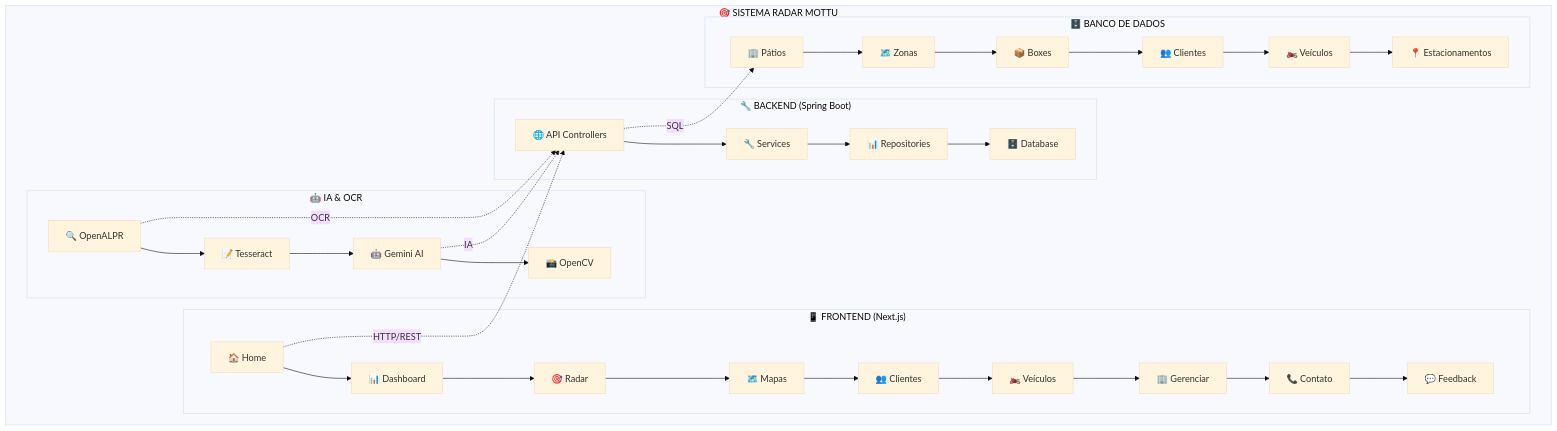
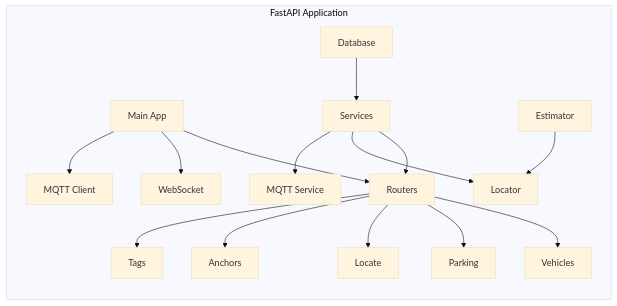
Before and after one commit to carmipa/NEXT-2025: the fifth of 9 diagrams in README.md, drawn with Mermaid (base theme). The commit also changed other lines of this file and 3429 other files, not shown here.

````diff
--- a/README.md
+++ b/README.md
@@ -81,40 +271,18 @@
 ```mermaid
-graph TB
-    subgraph "🎯 SISTEMA RADAR MOTTU"
-        subgraph "📱 FRONTEND (Next.js)"
-            A[🏠 Home] --> B[📊 Dashboard]
-            B --> C[🎯 Radar]
-            C --> D[🗺️ Mapas]
-            D --> E[👥 Clientes]
-            E --> F[🏍️ Veículos]
-            F --> G[🏢 Gerenciar]
-            G --> H[📞 Contato]
-            H --> I[💬 Feedback]
-        end
-        
-        subgraph "🔧 BACKEND (Spring Boot)"
-            J[🌐 API Controllers] --> K[🔧 Services]
-            K --> L[📊 Repositories]
-            L --> M[🗄️ Database]
-        end
-        
-        subgraph "🤖 IA & OCR"
-            N[🔍 OpenALPR] --> O[📝 Tesseract]
-            O --> P[🤖 Gemini AI]
-            P --> Q[📸 OpenCV]
-        end
-        
-        subgraph "🗄️ BANCO DE DADOS"
-            R[🏢 Pátios] --> S[🗺️ Zonas]
-            S --> T[📦 Boxes]
-            T --> U[👥 Clientes]
-            U --> V[🏍️ Veículos]
-            V --> W[📍 Estacionamentos]
-        end
+graph LR
+    subgraph "FastAPI Application"
+        A[Main App] --> B[Routers]
+        B --> C[Vehicles]
+        B --> D[Parking]
+        B --> E[Locate]
+        B --> F[Anchors]
+        B --> G[Tags]
+        A --> H[WebSocket]
+        A --> I[MQTT Client]
+        J[Services] --> B
+        J --> K[Locator]
+        J --> L[MQTT Service]
+        M[Database] --> J
+        N[Estimator] --> K
     end
-    
-    A -.->|HTTP/REST| J
-    J -.->|SQL| R
-    N -.->|OCR| J
-    P -.->|IA| J
 ```
````
